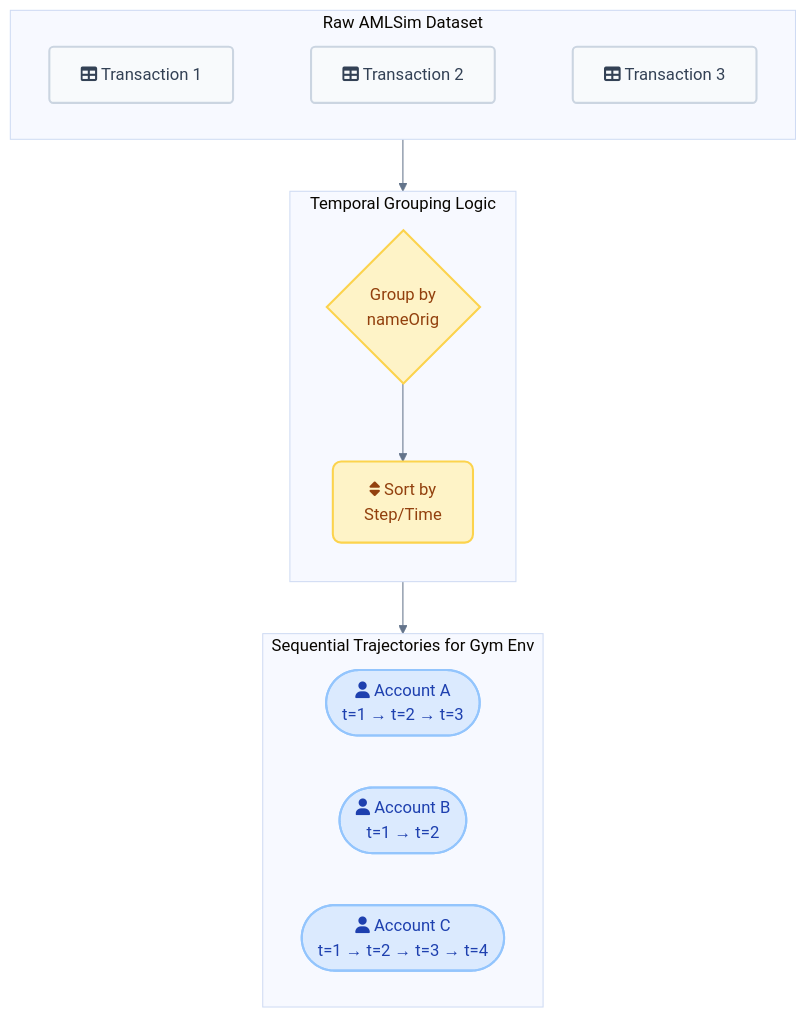
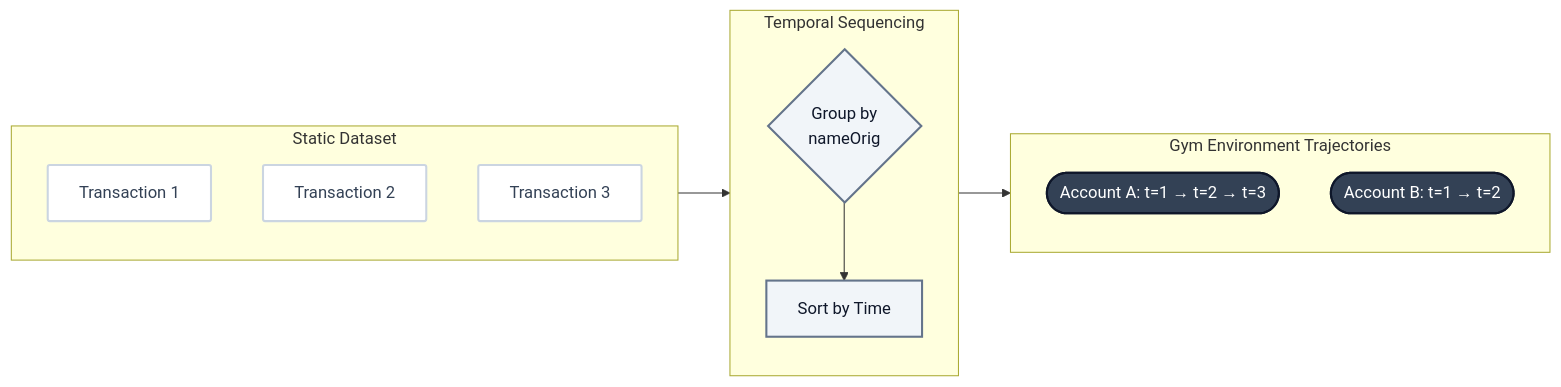
The second of 3 diagrams in README.md (shubhamgupta407/TransDreamer-PaySim), drawn with Mermaid before and after one commit. The commit also changed other lines of this file, not shown here.

Commit message:
Redesign architecture diagrams to minimalist professional style and fix GitHub parsing errors

````diff
--- a/README.md
+++ b/README.md
@@ -73,32 +67,29 @@
 ```mermaid
-%%{init: {'theme': 'base', 'themeVariables': { 'fontFamily': 'Inter, sans-serif', 'lineColor': '#64748b' }}}%%
-flowchart TD
-    subgraph Raw [Raw AMLSim Dataset]
-        direction LR
-        R1[fa:fa-table Transaction 1]:::raw
-        R2[fa:fa-table Transaction 2]:::raw
-        R3[fa:fa-table Transaction 3]:::raw
-        R1 ~~~ R2 ~~~ R3
+flowchart LR
+    subgraph Raw [Static Dataset]
+        direction TB
+        R1[Transaction 1]:::raw
+        R2[Transaction 2]:::raw
+        R3[Transaction 3]:::raw
     end
 
-    subgraph Grouping [Temporal Grouping Logic]
+    subgraph Process [Temporal Sequencing]
         direction TB
-        G1{Group by \n nameOrig}:::process
-        G2[fa:fa-sort Sort by \n Step/Time]:::process
+        G1{Group by \n nameOrig}:::proc
+        G2[Sort by Time]:::proc
+        G1 --> G2
     end
 
-    subgraph Trajectories [Sequential Trajectories for Gym Env]
-        direction LR
-        T1([fa:fa-user Account A \n t=1 &rarr; t=2 &rarr; t=3]):::traj
-        T2([fa:fa-user Account B \n t=1 &rarr; t=2]):::traj
-        T3([fa:fa-user Account C \n t=1 &rarr; t=2 &rarr; t=3 &rarr; t=4]):::traj
+    subgraph Traj [Gym Environment Trajectories]
+        direction TB
+        T1([Account A: t=1 → t=2 → t=3]):::traj
+        T2([Account B: t=1 → t=2]):::traj
     end
     
-    Raw --> G1
-    G1 --> G2
-    G2 --> Trajectories
+    Raw --> Process
+    Process --> Traj
 
-    classDef raw fill:#f8fafc,stroke:#cbd5e1,stroke-width:2px,color:#334155,rx:4,ry:4;
-    classDef process fill:#fef3c7,stroke:#fcd34d,stroke-width:2px,color:#92400e,rx:8,ry:8;
-    classDef traj fill:#dbeafe,stroke:#93c5fd,stroke-width:2px,color:#1e40af,rx:16,ry:16;
+    classDef raw fill:#ffffff,stroke:#cbd5e1,stroke-width:2px,color:#334155,rx:2,ry:2;
+    classDef proc fill:#f1f5f9,stroke:#64748b,stroke-width:2px,color:#0f172a;
+    classDef traj fill:#334155,stroke:#0f172a,stroke-width:2px,color:#ffffff,rx:10,ry:10;
 ```
````
